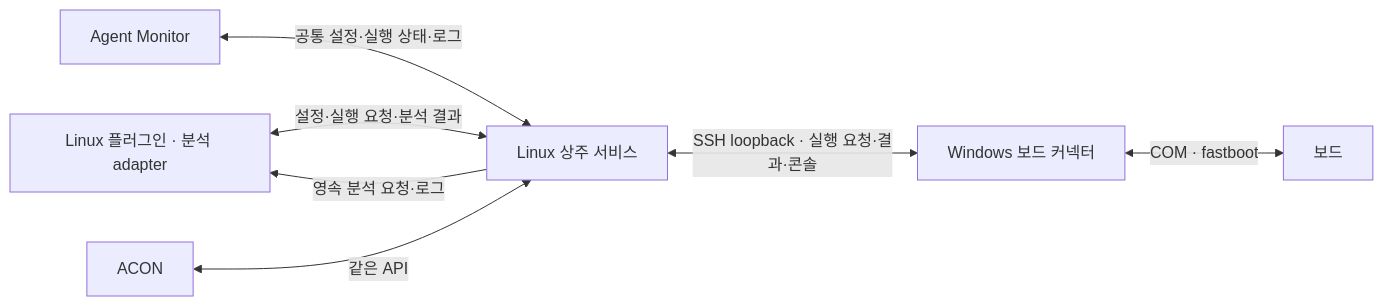
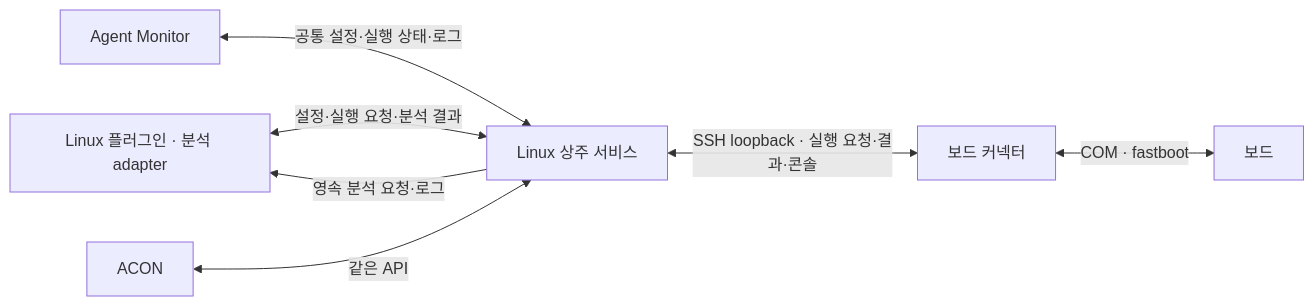
One commit to graycoral/bsp_os_upgrade_dashboard changed the diagram in docs/agents/PLUGIN_CONTROL_API.md. Above: the diagram before and after it, drawn with Mermaid. The commit also changed other lines of this file and 48 other files, not shown here.

````diff
--- a/docs/agents/PLUGIN_CONTROL_API.md
+++ b/docs/agents/PLUGIN_CONTROL_API.md
@@ -121,9 +125,9 @@
 ```mermaid
 flowchart LR
     P[Linux 플러그인 · 분석 adapter] <-->|설정·실행 요청·분석 결과| S[Linux 상주 서비스]
     S -->|영속 분석 요청·로그| P
     M[Agent Monitor] <-->|공통 설정·실행 상태·로그| S
     A[ACON] <-->|같은 API| S
-    S <-->|SSH loopback · 실행 요청·결과·콘솔| C[Windows 보드 커넥터]
+    S <-->|SSH loopback · 실행 요청·결과·콘솔| C[보드 커넥터]
     C <-->|COM · fastboot| B[보드]
 ```
````
